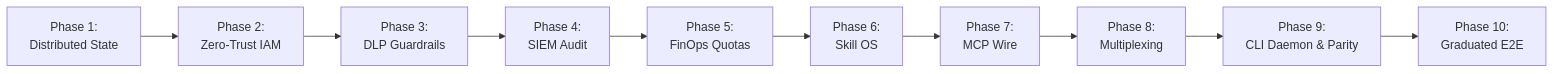
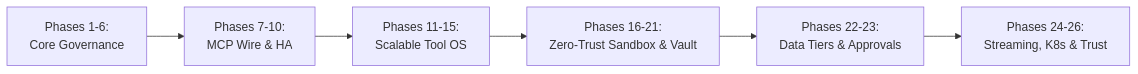
Before and after one commit to ihkaru/aegis-gateway: the diagram in docs/roadmap/00_ROADMAP_OVERVIEW.md, drawn with Mermaid. The commit also changed other lines of this file and 16 other files, not shown here.

Commit message:
feat(roadmap): implement Phase 24-26 (Multi-Modal Streaming Vault, K8s Operator CRD Engine, and AgentCert Trust with Threat Intel)

````diff
--- a/docs/roadmap/00_ROADMAP_OVERVIEW.md
+++ b/docs/roadmap/00_ROADMAP_OVERVIEW.md
@@ -15,12 +15,8 @@
 ```mermaid
 flowchart LR
-    P1["Phase 1:<br/>Distributed State"] --> P2["Phase 2:<br/>Zero-Trust IAM"]
-    P2 --> P3["Phase 3:<br/>DLP Guardrails"]
-    P3 --> P4["Phase 4:<br/>SIEM Audit"]
-    P4 --> P5["Phase 5:<br/>FinOps Quotas"]
-    P5 --> P6["Phase 6:<br/>Skill OS"]
-    P6 --> P7["Phase 7:<br/>MCP Wire"]
-    P7 --> P8["Phase 8:<br/>Multiplexing"]
-    P8 --> P9["Phase 9:<br/>CLI Daemon & Parity"]
-    P9 --> P10["Phase 10:<br/>Graduated E2E"]
+    P1["Phases 1-6:<br/>Core Governance"] --> P7["Phases 7-10:<br/>MCP Wire & HA"]
+    P7 --> P11["Phases 11-15:<br/>Scalable Tool OS"]
+    P11 --> P16["Phases 16-21:<br/>Zero-Trust Sandbox & Vault"]
+    P16 --> P22["Phases 22-23:<br/>Data Tiers & Approvals"]
+    P22 --> P24["Phases 24-26:<br/>Streaming, K8s & Trust"]
 ```
````
